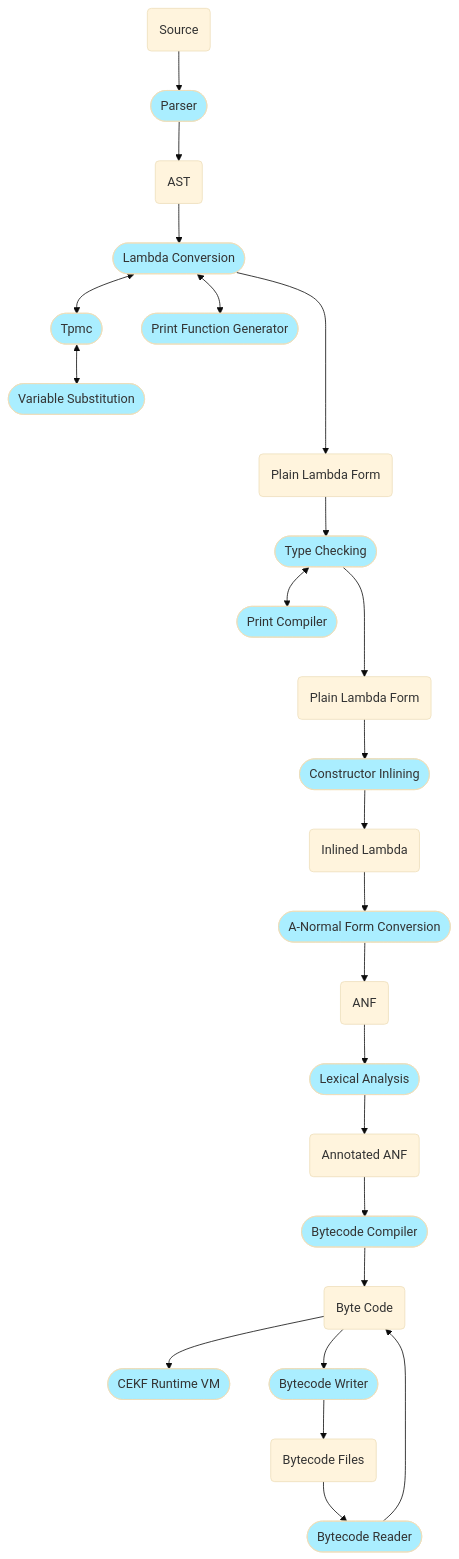
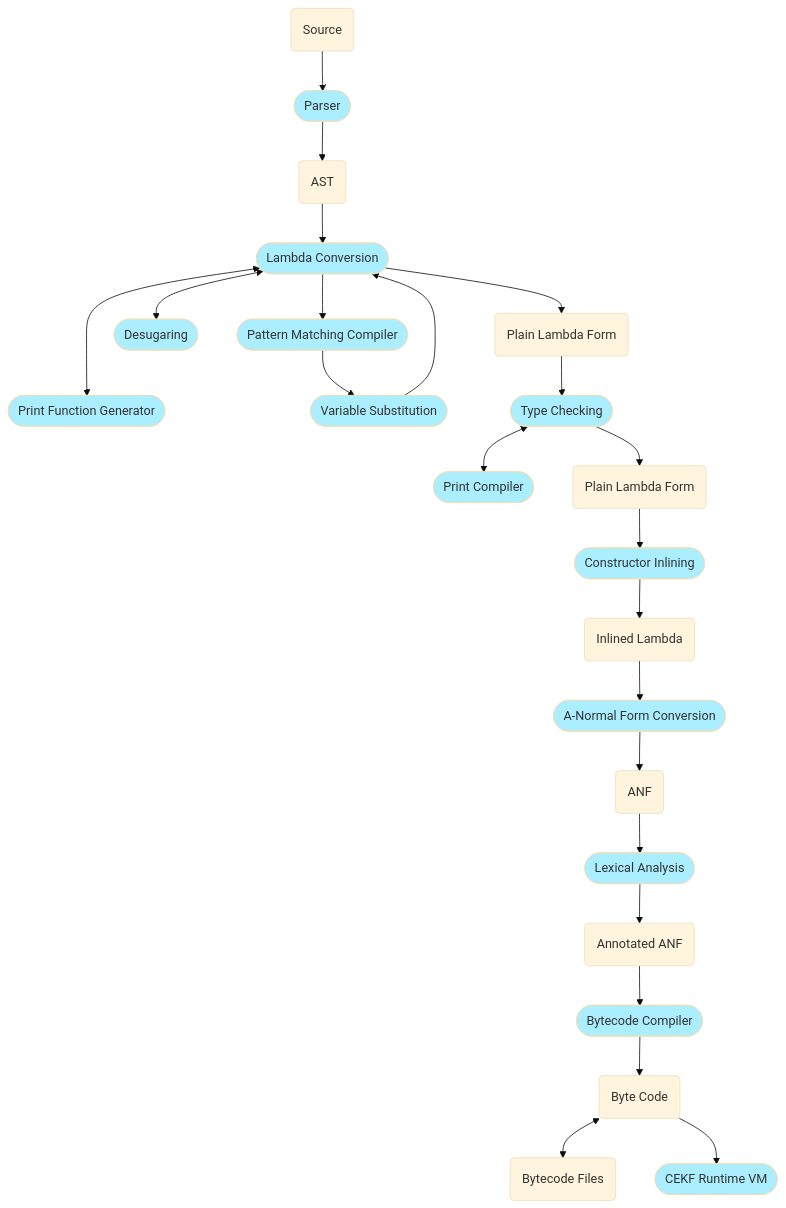
The diagram in README.md (billhails/CEKF), drawn with Mermaid (base theme) before and after one commit. The commit also changed 7 other files, not shown here.

````diff
--- a/README.md
+++ b/README.md
@@ -67,27 +67,26 @@
 ```mermaid
 flowchart TD
 classDef process fill:#aef;
 source(Source) -->
 parser([Parser]):::process -->
 ast(AST) -->
-lc([Lambda Conversion]):::process <--> tpmc([Tpmc]):::process
-lc <--> pg([Print Function Generator]):::process
-tpmc <--> vs([Variable Substitution]):::process
-lc ----> lambda1(Plain Lambda Form)
+lc([Lambda Conversion]):::process --> tpmc([Pattern Matching Compiler]):::process
+lc <---> pg([Print Function Generator]):::process
+tpmc --> vs([Variable Substitution]):::process
+vs --> lc
+lc <--> des([Desugaring]):::process
+lc --> lambda1(Plain Lambda Form)
 lambda1 --> tc([Type Checking]):::process
 tc <--> pc([Print Compiler]):::process
-tc ---> lambda2(Plain Lambda Form)
+tc --> lambda2(Plain Lambda Form)
 lambda2 --> ci([Constructor Inlining]):::process
 ci --> lambda3(Inlined Lambda)
 lambda3 --> anfc([A-Normal Form Conversion]):::process
 anfc --> anf(ANF)
 anf --> lexa([Lexical Analysis]):::process
 lexa --> ann(Annotated ANF)
 ann --> bcc([Bytecode Compiler]):::process
 bcc --> bc(Byte Code)
+bc <--> bcf(Bytecode Files)
 bc --> cekf([CEKF Runtime VM]):::process
-bc --> bcw([Bytecode Writer]):::process
-bcw --> bcf(Bytecode Files)
-bcf --> bcr([Bytecode Reader]):::process
-bcr --> bc
 ```
````
